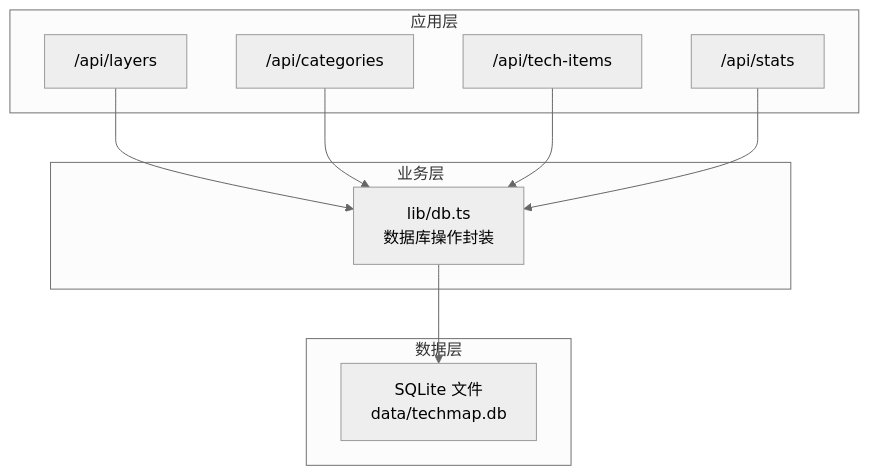
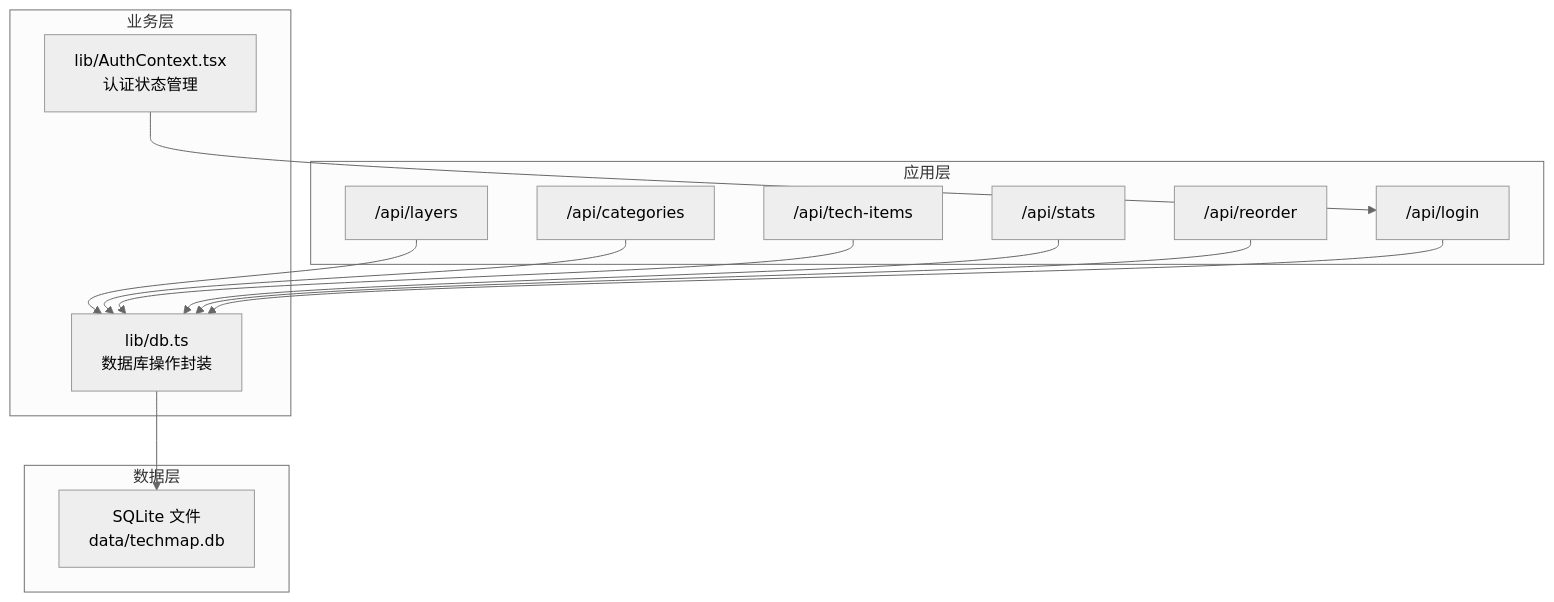
The first of 6 diagrams in .qoder/repowiki/zh/content/系统架构/数据库架构.md (tutusiji/lantu-next), drawn with Mermaid (neutral theme) before and after one commit. The commit also changed other lines of this file and 22 other files, not shown here.

````diff
--- a/.qoder/repowiki/zh/content/系统架构/数据库架构.md
+++ b/.qoder/repowiki/zh/content/系统架构/数据库架构.md
@@ -38,20 +44,26 @@
 ```mermaid
 graph TB
 subgraph "应用层"
 API_L["/api/layers"]
 API_C["/api/categories"]
 API_T["/api/tech-items"]
 API_S["/api/stats"]
+API_R["/api/reorder"]
+API_Login["/api/login"]
 end
 subgraph "业务层"
 DB_API["lib/db.ts<br/>数据库操作封装"]
+AUTH_CTX["lib/AuthContext.tsx<br/>认证状态管理"]
 end
 subgraph "数据层"
 SQLITE["SQLite 文件<br/>data/techmap.db"]
 end
 API_L --> DB_API
 API_C --> DB_API
 API_T --> DB_API
 API_S --> DB_API
+API_R --> DB_API
+API_Login --> DB_API
+AUTH_CTX --> API_Login
 DB_API --> SQLITE
 ```
````
